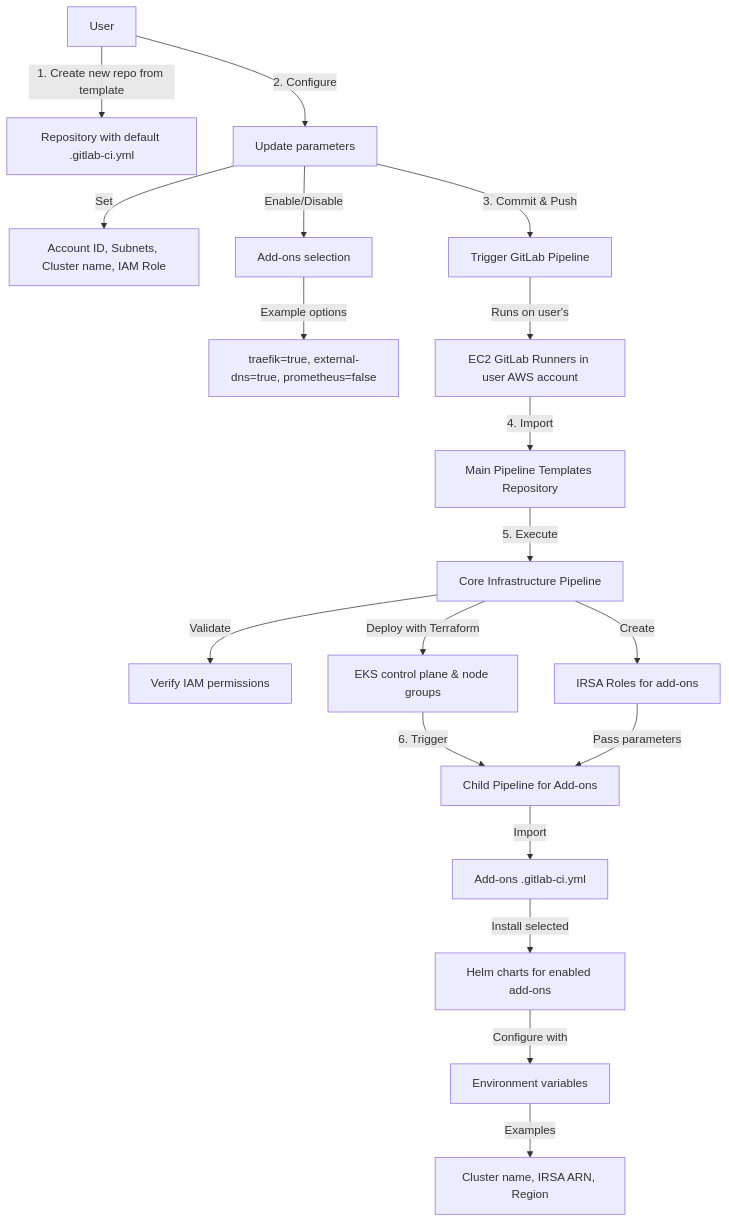
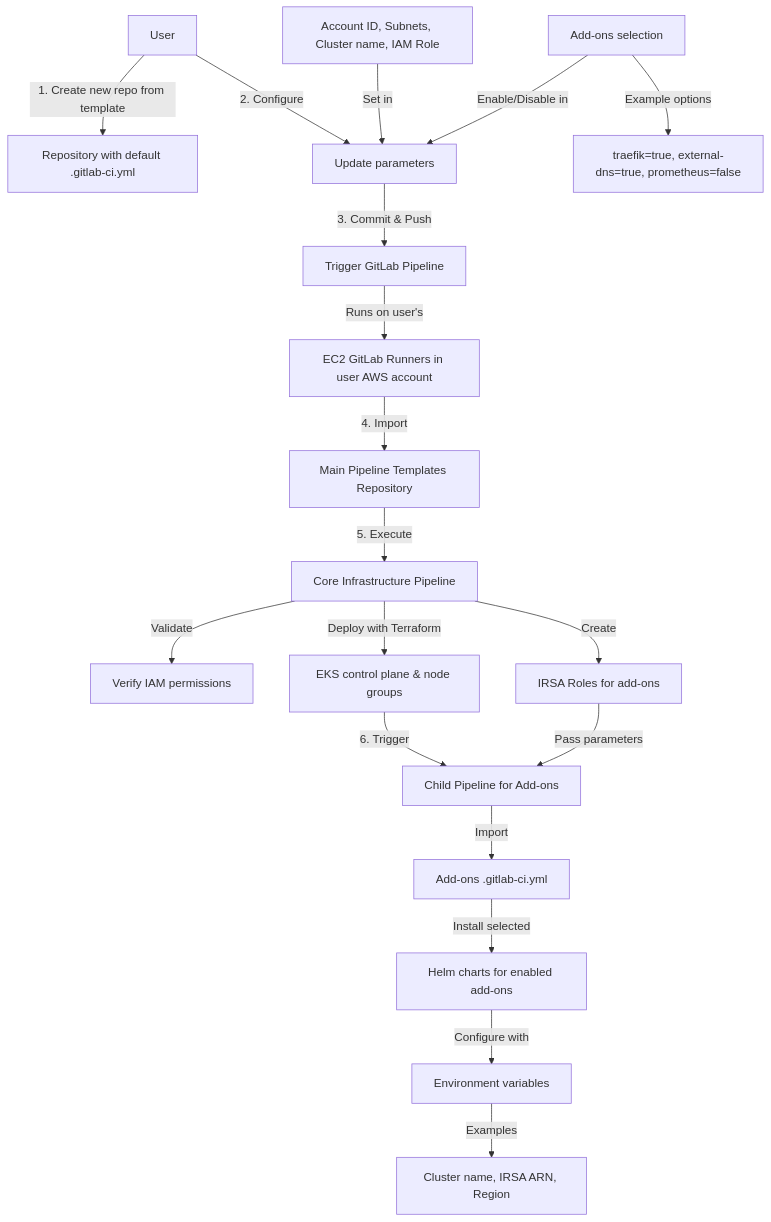
One commit to chiranj/terraform-trial changed the first of 5 diagrams in architecture.md. Above: the diagram before and after it, drawn with Mermaid.

````diff
--- a/architecture.md
+++ b/architecture.md
@@ -21,24 +21,24 @@
 ```mermaid
 flowchart TD
     A[User] -->|1. Create new repo from template| B[Repository with default .gitlab-ci.yml]
     A -->|2. Configure| C[Update parameters]
-    C -->|Set| D[Account ID, Subnets, Cluster name, IAM Role]
-    C -->|Enable/Disable| E[Add-ons selection]
+    D[Account ID, Subnets, Cluster name, IAM Role] -->|Set in| C
+    E[Add-ons selection] -->|Enable/Disable in| C
     E -->|Example options| F[traefik=true, external-dns=true, prometheus=false]
     
     C -->|3. Commit & Push| G[Trigger GitLab Pipeline]
     G -->|Runs on user's| H[EC2 GitLab Runners in user AWS account]
     H -->|4. Import| I[Main Pipeline Templates Repository]
     
     I -->|5. Execute| J[Core Infrastructure Pipeline]
     J -->|Validate| K[Verify IAM permissions]
     J -->|Deploy with Terraform| L[EKS control plane & node groups]
     J -->|Create| M[IRSA Roles for add-ons]
     
     L -->|6. Trigger| N[Child Pipeline for Add-ons]
     M -->|Pass parameters| N
     N -->|Import| O[Add-ons .gitlab-ci.yml]
     O -->|Install selected| P[Helm charts for enabled add-ons]
     P -->|Configure with| Q[Environment variables]
     Q -->|Examples| R[Cluster name, IRSA ARN, Region]
 ```
````
